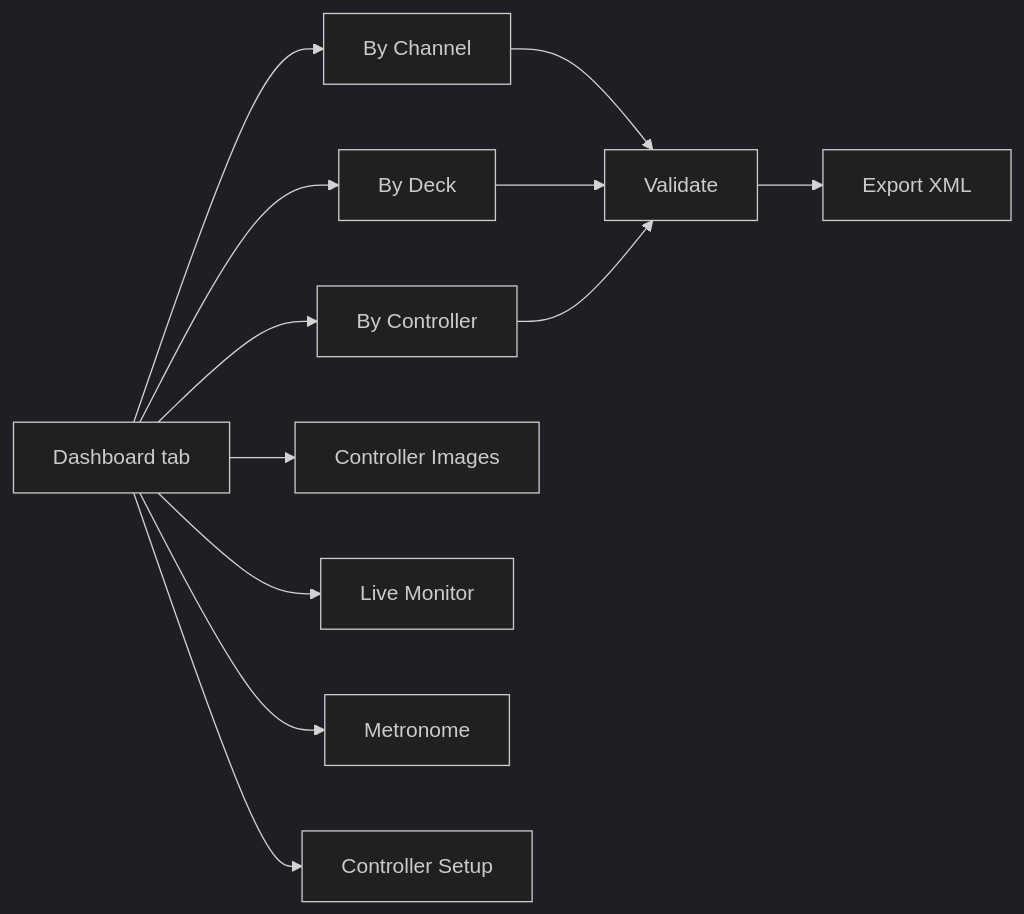
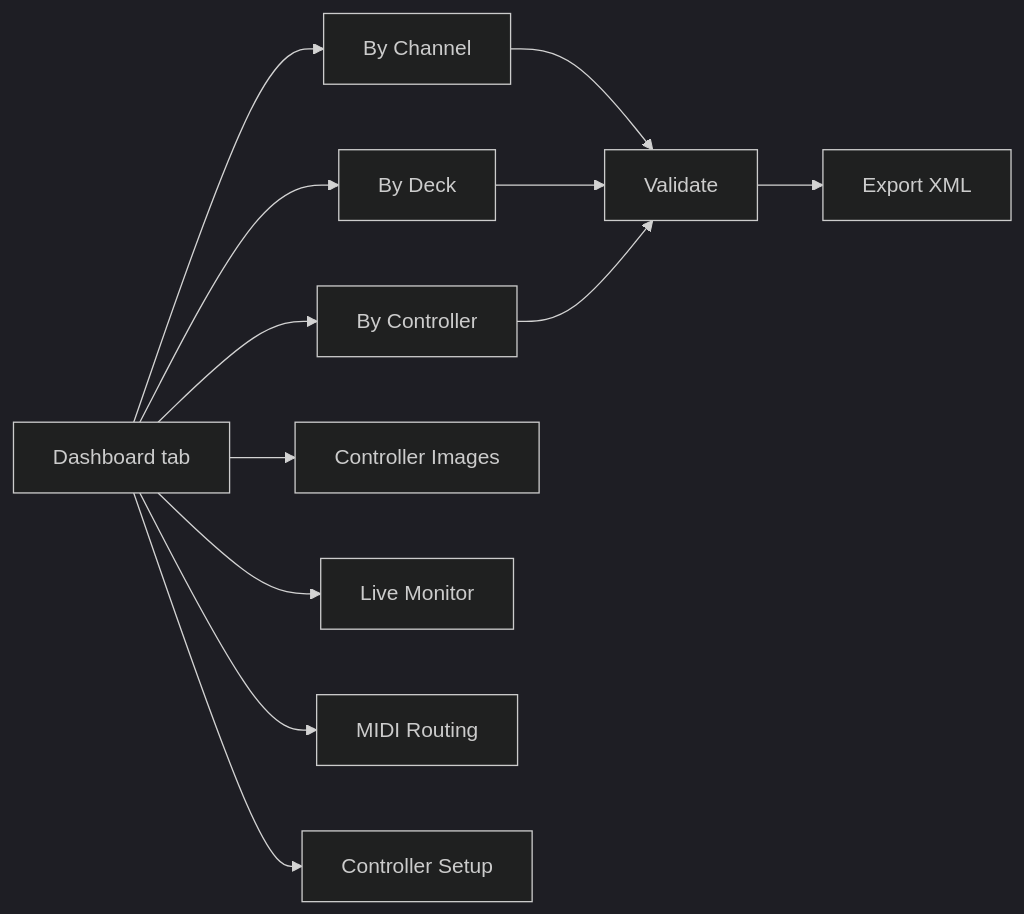
Before and after one commit to guillain/DJ-MIDI-Studio: the diagram in README.md, drawn with Mermaid (dark theme). The commit also changed other lines of this file and 10 other files, not shown here.

Commit message:
refactor: merge metronome playback into MIDI routing

````diff
--- a/README.md
+++ b/README.md
@@ -41,14 +41,14 @@
 ```mermaid
 flowchart LR
     Intro[Dashboard tab] --> Channel[By Channel]
 	Intro --> Deck[By Deck]
 	Intro --> Controller[By Controller]
 	Intro --> Images[Controller Images]
 	Intro --> Monitor[Live Monitor]
-	Intro --> Metro[Metronome]
+	Intro --> Routing[MIDI Routing]
 	Intro --> Setup[Controller Setup]
 	Channel --> Validate[Validate]
 	Deck --> Validate
 	Controller --> Validate
 	Validate --> Export[Export XML]
 ```
````
